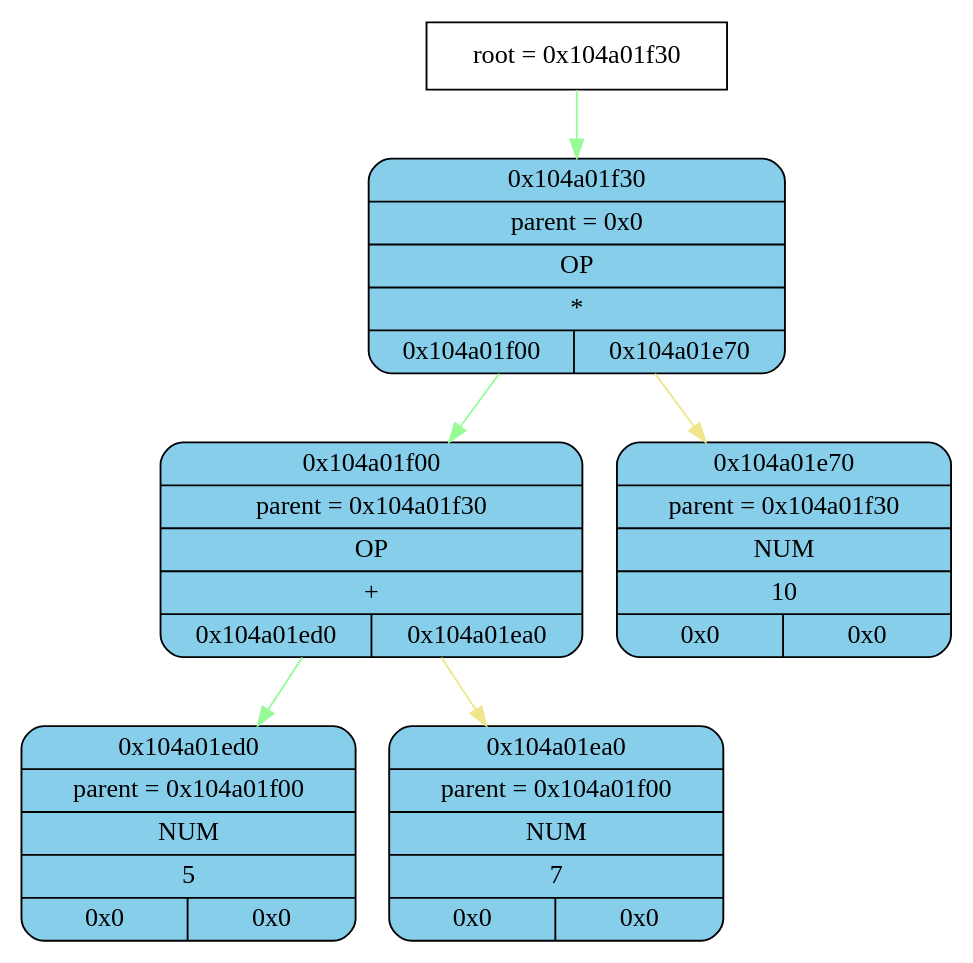
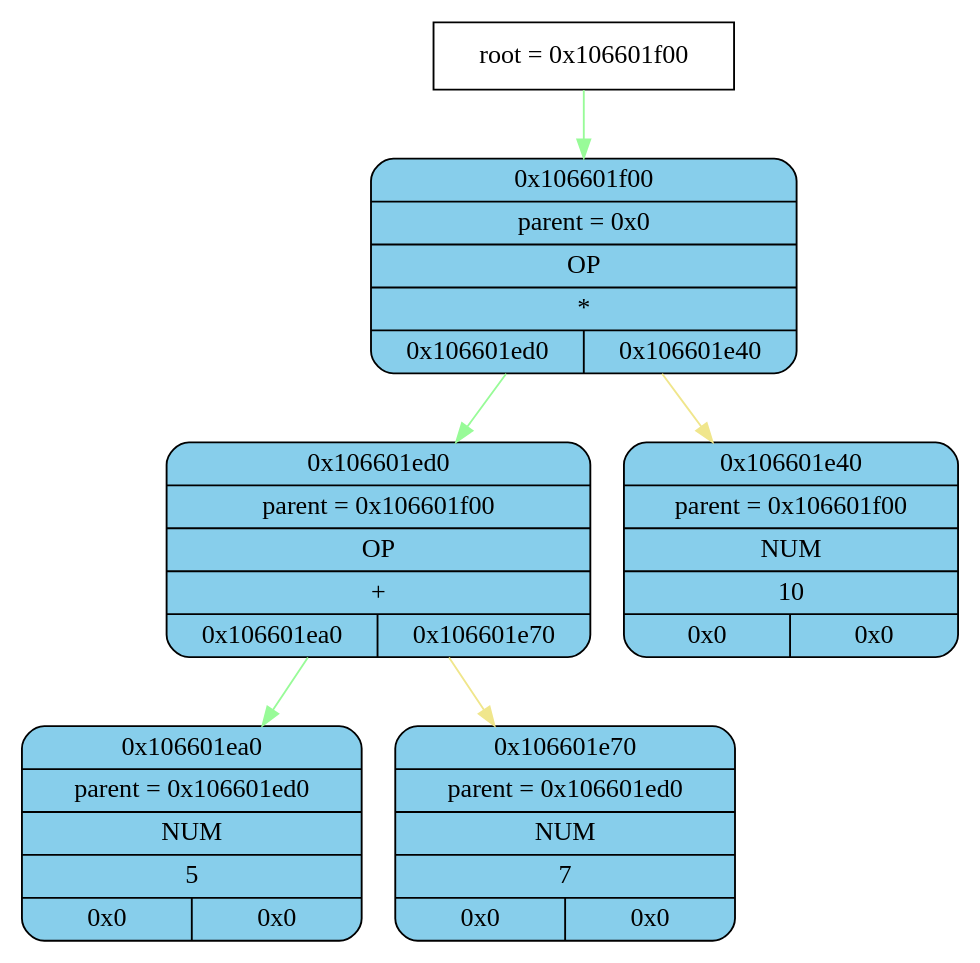
One commit to esgalimov/differentiator changed the diagram in tmp/graphviz.dot. Above: the diagram before and after it, drawn with Graphviz. The commit also changed 15 other files, not shown here.

```diff
--- a/tmp/graphviz.dot
+++ b/tmp/graphviz.dot
@@ -1,20 +1,20 @@
 digraph
 {
-    node_info[shape = record, label = "{root = 0x104a01f30}"];
+    node_info[shape = record, label = "{root = 0x106601f00}"];
 
-    node_info->node_0x104a01f30 [color = "#98FB98"];
-    node_0x104a01f30[shape = Mrecord, label = "{{0x104a01f30} | {parent =  0x0} | {OP} | {*} | {0x104a01f00 | 0x104a01e70}}",
+    node_info->node_0x106601f00 [color = "#98FB98"];
+    node_0x106601f00[shape = Mrecord, label = "{{0x106601f00} | {parent =  0x0} | {OP} | {*} | {0x106601ed0 | 0x106601e40}}",
                 style="filled", fillcolor="#87CEEB"];
-    node_0x104a01f00[shape = Mrecord, label = "{{0x104a01f00} | {parent =  0x104a01f30} | {OP} | {+} | {0x104a01ed0 | 0x104a01ea0}}",
+    node_0x106601ed0[shape = Mrecord, label = "{{0x106601ed0} | {parent =  0x106601f00} | {OP} | {+} | {0x106601ea0 | 0x106601e70}}",
                 style="filled", fillcolor="#87CEEB"];
-    node_0x104a01ed0[shape = Mrecord, label = "{{0x104a01ed0} | {parent =  0x104a01f00} | {NUM} | {5} | {0x0 | 0x0}}",
+    node_0x106601ea0[shape = Mrecord, label = "{{0x106601ea0} | {parent =  0x106601ed0} | {NUM} | {5} | {0x0 | 0x0}}",
                 style="filled", fillcolor="#87CEEB"];
-    node_0x104a01ea0[shape = Mrecord, label = "{{0x104a01ea0} | {parent =  0x104a01f00} | {NUM} | {7} | {0x0 | 0x0}}",
+    node_0x106601e70[shape = Mrecord, label = "{{0x106601e70} | {parent =  0x106601ed0} | {NUM} | {7} | {0x0 | 0x0}}",
                 style="filled", fillcolor="#87CEEB"];
-    node_0x104a01e70[shape = Mrecord, label = "{{0x104a01e70} | {parent =  0x104a01f30} | {NUM} | {10} | {0x0 | 0x0}}",
+    node_0x106601e40[shape = Mrecord, label = "{{0x106601e40} | {parent =  0x106601f00} | {NUM} | {10} | {0x0 | 0x0}}",
                 style="filled", fillcolor="#87CEEB"];
-    node_0x104a01f30->node_0x104a01f00 [color = "#98FB98"];
-    node_0x104a01f00->node_0x104a01ed0 [color = "#98FB98"];
-    node_0x104a01f00->node_0x104a01ea0 [color = "#F0E68C"];
-    node_0x104a01f30->node_0x104a01e70 [color = "#F0E68C"];
+    node_0x106601f00->node_0x106601ed0 [color = "#98FB98"];
+    node_0x106601ed0->node_0x106601ea0 [color = "#98FB98"];
+    node_0x106601ed0->node_0x106601e70 [color = "#F0E68C"];
+    node_0x106601f00->node_0x106601e40 [color = "#F0E68C"];
 }
```
